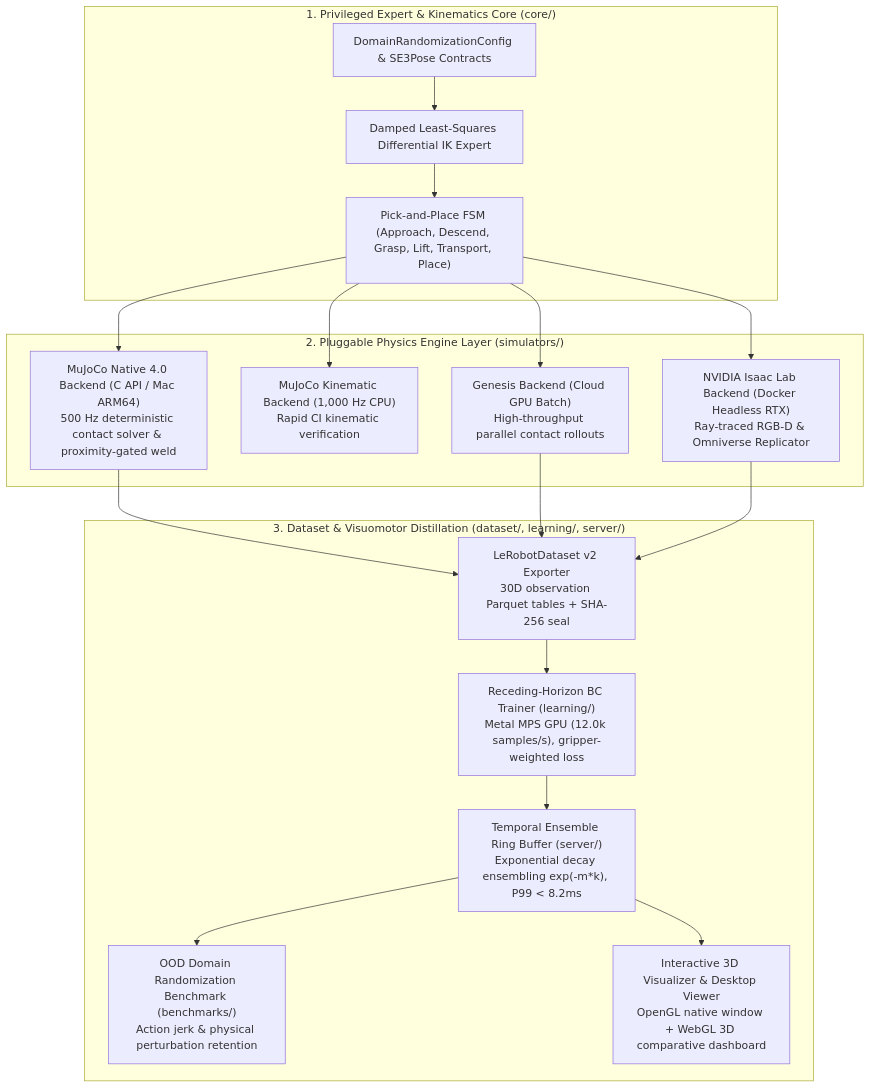
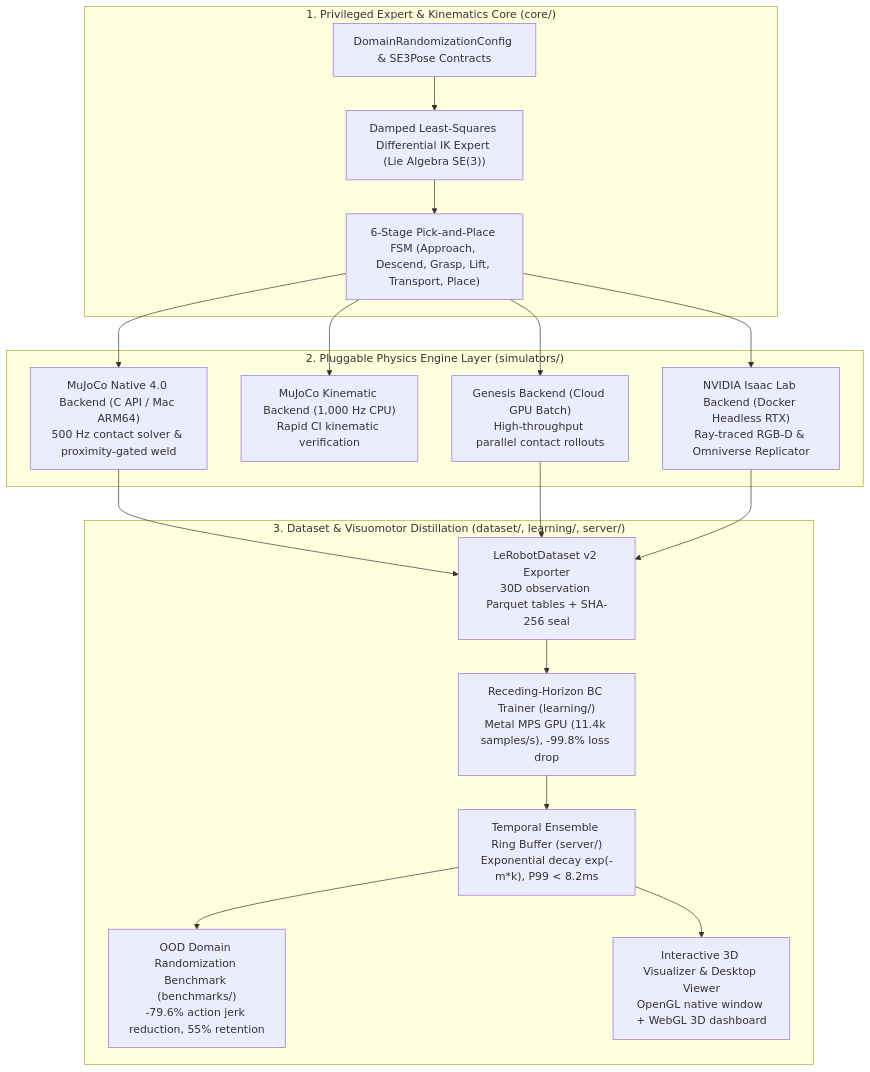
Before and after one commit to LeanoA/sim2real-data-engine: the diagram in README.md, drawn with Mermaid. The commit also changed other lines of this file and 4 other files, not shown here.

````diff
--- a/README.md
+++ b/README.md
@@ -80,26 +98,26 @@
 ```mermaid
 flowchart TD
     subgraph Core["1. Privileged Expert & Kinematics Core (core/)"]
         CFG["DomainRandomizationConfig & SE3Pose Contracts"]
-        IK["Damped Least-Squares Differential IK Expert"]
-        FSM["Pick-and-Place FSM (Approach, Descend, Grasp, Lift, Transport, Place)"]
+        IK["Damped Least-Squares Differential IK Expert (Lie Algebra SE(3))"]
+        FSM["6-Stage Pick-and-Place FSM (Approach, Descend, Grasp, Lift, Transport, Place)"]
         CFG --> IK --> FSM
     end
 
     subgraph Backends["2. Pluggable Physics Engine Layer (simulators/)"]
-        MUJ_NAT["MuJoCo Native 4.0 Backend (C API / Mac ARM64)<br/>500 Hz deterministic contact solver & proximity-gated weld"]
+        MUJ_NAT["MuJoCo Native 4.0 Backend (C API / Mac ARM64)<br/>500 Hz contact solver & proximity-gated weld"]
         MUJ_KIN["MuJoCo Kinematic Backend (1,000 Hz CPU)<br/>Rapid CI kinematic verification"]
         GEN["Genesis Backend (Cloud GPU Batch)<br/>High-throughput parallel contact rollouts"]
         ISA["NVIDIA Isaac Lab Backend (Docker Headless RTX)<br/>Ray-traced RGB-D & Omniverse Replicator"]
         FSM --> MUJ_NAT & MUJ_KIN & GEN & ISA
     end
 
     subgraph Pipeline["3. Dataset & Visuomotor Distillation (dataset/, learning/, server/)"]
         LER["LeRobotDataset v2 Exporter<br/>30D observation Parquet tables + SHA-256 seal"]
-        TRN["Receding-Horizon BC Trainer (learning/)<br/>Metal MPS GPU (12.0k samples/s), gripper-weighted loss"]
-        SRV["Temporal Ensemble Ring Buffer (server/)<br/>Exponential decay ensembling exp(-m*k), P99 < 8.2ms"]
-        OOD["OOD Domain Randomization Benchmark (benchmarks/)<br/>Action jerk & physical perturbation retention"]
-        VIS["Interactive 3D Visualizer & Desktop Viewer<br/>OpenGL native window + WebGL 3D comparative dashboard"]
+        TRN["Receding-Horizon BC Trainer (learning/)<br/>Metal MPS GPU (11.4k samples/s), -99.8% loss drop"]
+        SRV["Temporal Ensemble Ring Buffer (server/)<br/>Exponential decay exp(-m*k), P99 < 8.2ms"]
+        OOD["OOD Domain Randomization Benchmark (benchmarks/)<br/>-79.6% action jerk reduction, 55% retention"]
+        VIS["Interactive 3D Visualizer & Desktop Viewer<br/>OpenGL native window + WebGL 3D dashboard"]
         MUJ_NAT & GEN & ISA --> LER --> TRN --> SRV --> OOD & VIS
     end
 ```
````
